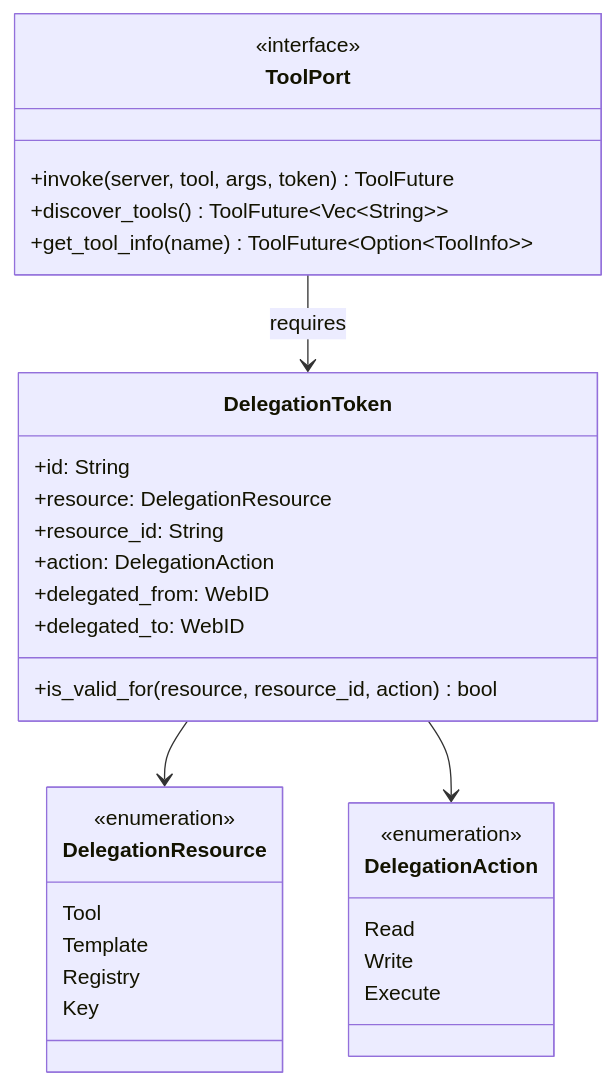
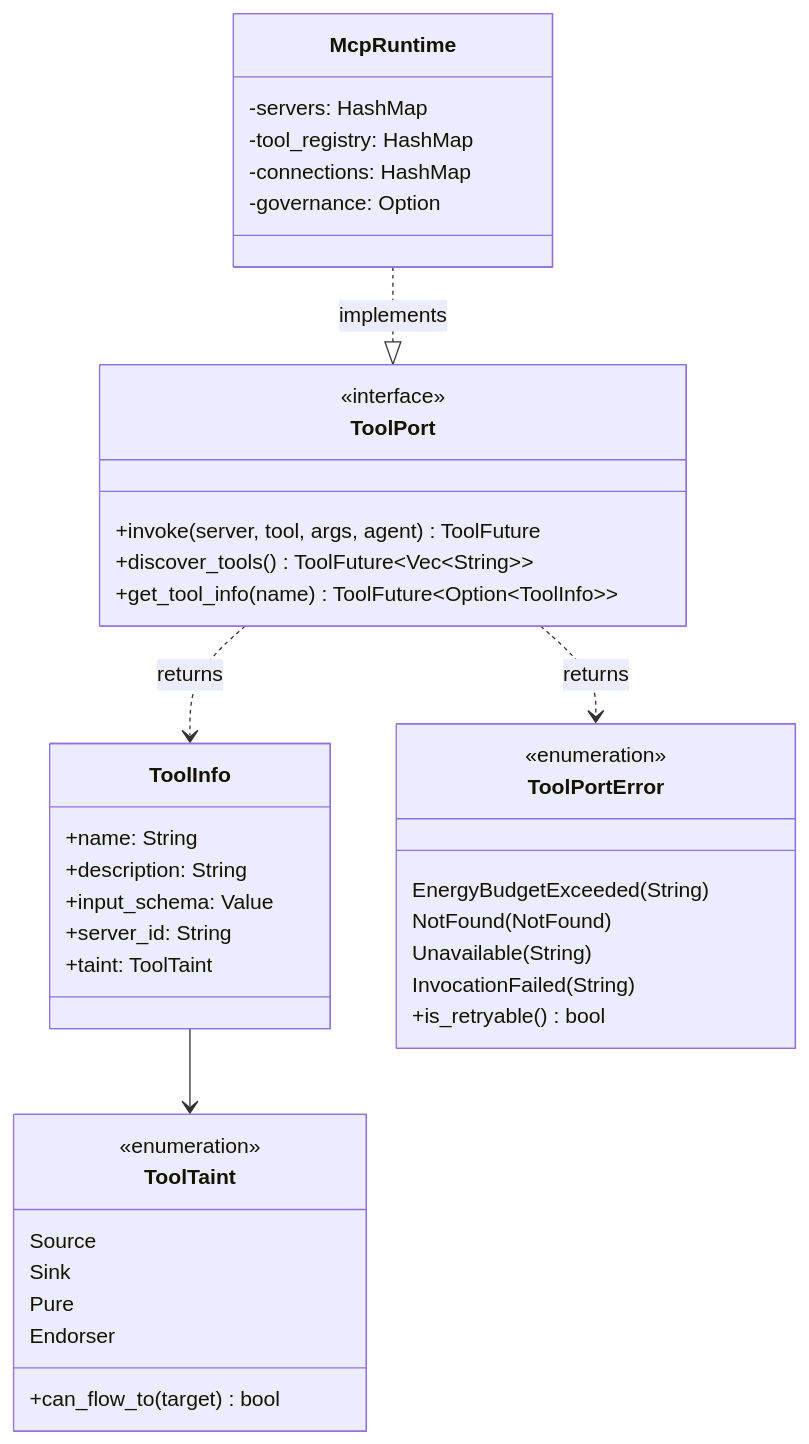
Before and after one commit to mdz-axo/zed-kask: the diagram in kask/docs/diataxis/hkask-capability/reference.md, drawn with Mermaid. The commit also changed other lines of this file and 19 other files, not shown here.

First line of the commit message:
Recover panels from MCP server restarts

````diff
--- a/kask/docs/diataxis/hkask-capability/reference.md
+++ b/kask/docs/diataxis/hkask-capability/reference.md
@@ -59,35 +69,43 @@
 ```mermaid
 classDiagram
-    class DelegationToken {
-        +id: String
-        +resource: DelegationResource
-        +resource_id: String
-        +action: DelegationAction
-        +delegated_from: WebID
-        +delegated_to: WebID
-        +is_valid_for(resource, resource_id, action) bool
-    }
     class ToolPort {
         <<interface>>
-        +invoke(server, tool, args, token) ToolFuture
+        +invoke(server, tool, args, agent) ToolFuture
         +discover_tools() ToolFuture~Vec~String~~
         +get_tool_info(name) ToolFuture~Option~ToolInfo~~
     }
-    class DelegationResource {
+    class ToolInfo {
+        +name: String
+        +description: String
+        +input_schema: Value
+        +server_id: String
+        +taint: ToolTaint
+    }
+    class ToolPortError {
         <<enumeration>>
-        Tool
-        Template
-        Registry
-        Key
+        EnergyBudgetExceeded(String)
+        NotFound(NotFound)
+        Unavailable(String)
+        InvocationFailed(String)
+        +is_retryable() bool
     }
-    class DelegationAction {
+    class ToolTaint {
         <<enumeration>>
-        Read
-        Write
-        Execute
+        Source
+        Sink
+        Pure
+        Endorser
+        +can_flow_to(target) bool
+    }
+    class McpRuntime {
+        -servers: HashMap
+        -tool_registry: HashMap
+        -connections: HashMap
+        -governance: Option
     }
 
-    DelegationToken --> DelegationResource
-    DelegationToken --> DelegationAction
-    ToolPort --> DelegationToken : requires
+    ToolPort ..> ToolInfo : returns
+    ToolPort ..> ToolPortError : returns
+    ToolInfo --> ToolTaint
+    McpRuntime ..|> ToolPort : implements
 ```
````
